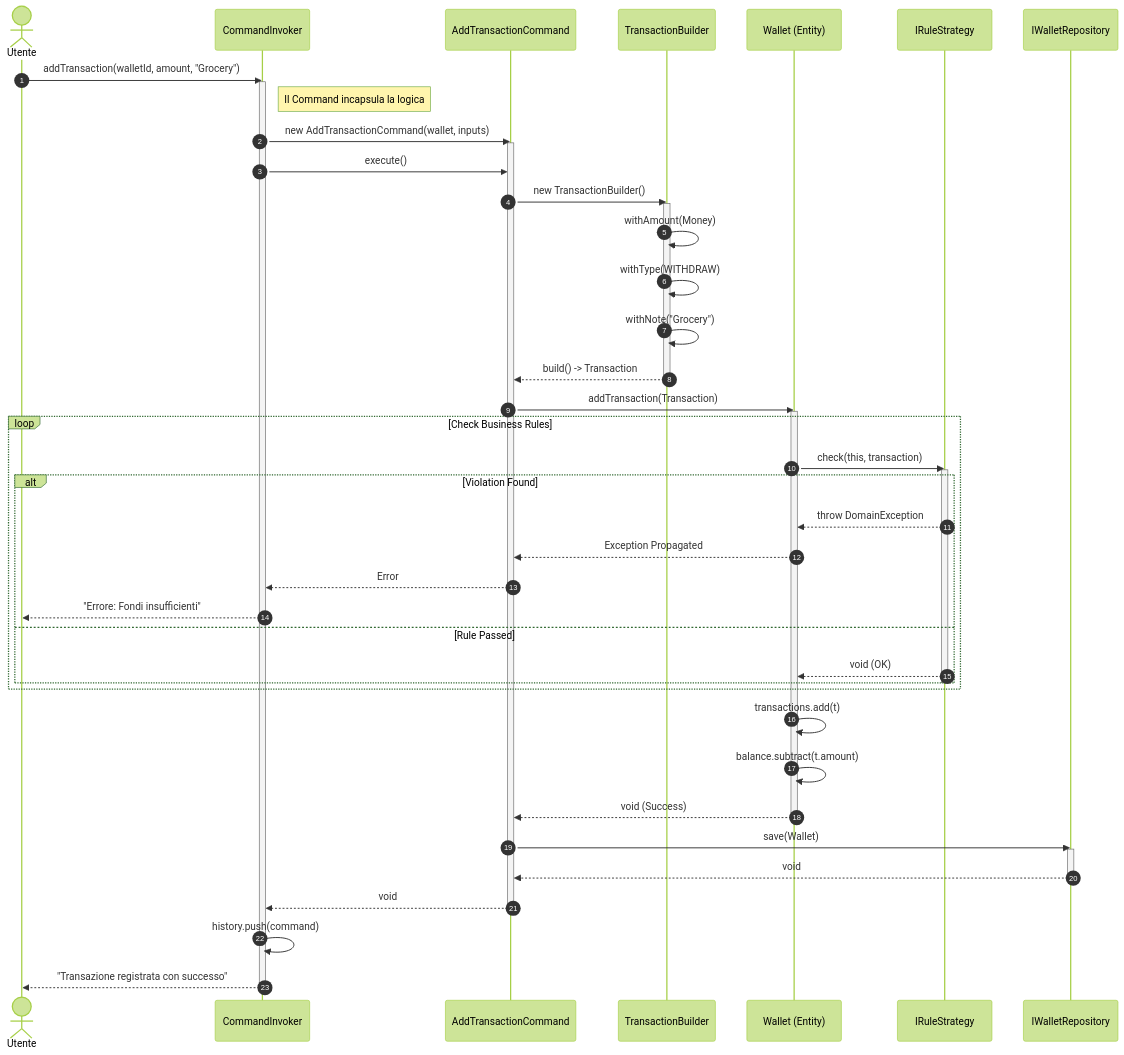
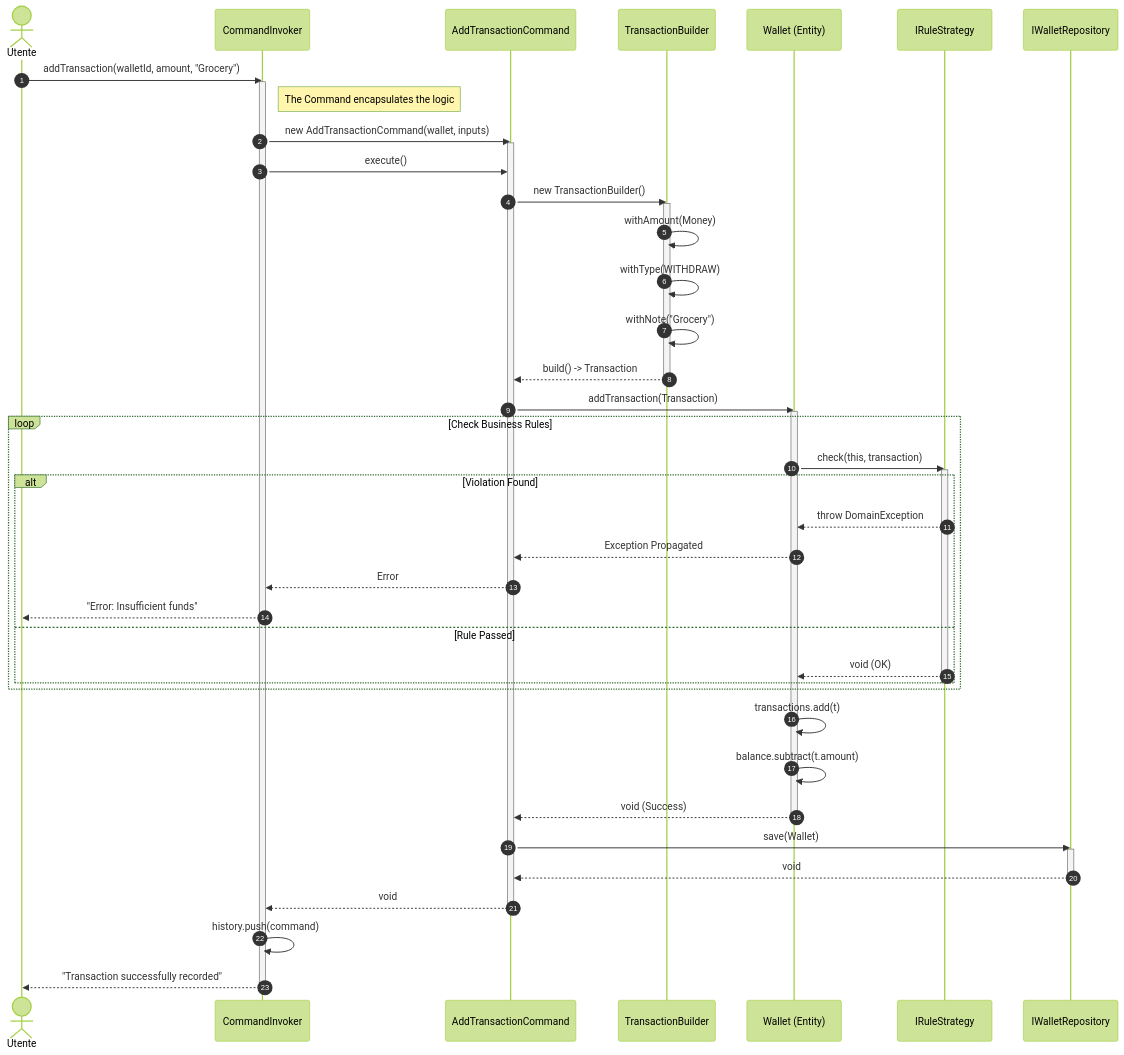
Before and after one commit to simopugliese/java-clean-finance: the fourth of 5 diagrams in README.md, drawn with Mermaid (forest theme). The commit also changed other lines of this file and 2 other files, not shown here.

Commit message:
corrected some discrepancies

````diff
--- a/README.md
+++ b/README.md
@@ -655,72 +655,64 @@
 ```mermaid
 sequenceDiagram
     autonumber
     
     actor User as Utente
     participant Invoker as CommandInvoker
     participant Cmd as AddTransactionCommand
     participant Builder as TransactionBuilder
     participant Wallet as Wallet (Entity)
     participant Strategy as IRuleStrategy
     participant Repo as IWalletRepository
 
-    %% 1. Inizio della richiesta
     User->>Invoker: addTransaction(walletId, amount, "Grocery")
     activate Invoker
     
-    %% 2. Creazione del comando e della Transazione
-    Note right of Invoker: Il Command incapsula la logica
+    Note right of Invoker: The Command encapsulates the logic
     Invoker->>Cmd: new AddTransactionCommand(wallet, inputs)
     activate Cmd
     
     Invoker->>Cmd: execute()
     
-    %% 3. Uso del Builder
     Cmd->>Builder: new TransactionBuilder()
     activate Builder
     Builder->>Builder: withAmount(Money)
     Builder->>Builder: withType(WITHDRAW)
     Builder->>Builder: withNote("Grocery")
     Builder-->>Cmd: build() -> Transaction
     deactivate Builder
 
-    %% 4. Esecuzione sul Dominio (Wallet)
     Cmd->>Wallet: addTransaction(Transaction)
     activate Wallet
     
-    %% 5. Controllo delle Business Rules (Strategy Pattern)
     loop Check Business Rules
         Wallet->>Strategy: check(this, transaction)
         activate Strategy
         
         alt Violation Found
             Strategy-->>Wallet: throw DomainException
             Wallet-->>Cmd: Exception Propagated
             Cmd-->>Invoker: Error
-            Invoker-->>User: "Errore: Fondi insufficienti"
+            Invoker-->>User: "Error: Insufficient funds"
         else Rule Passed
             Strategy-->>Wallet: void (OK)
         end
         deactivate Strategy
     end
 
-    %% 6. Aggiornamento Stato
     Wallet->>Wallet: transactions.add(t)
     Wallet->>Wallet: balance.subtract(t.amount)
     Wallet-->>Cmd: void (Success)
     deactivate Wallet
 
-    %% 7. Persistenza
     Cmd->>Repo: save(Wallet)
     activate Repo
     Repo-->>Cmd: void
     deactivate Repo
 
-    %% 8. Conclusione
     Cmd-->>Invoker: void
     deactivate Cmd
     
     Invoker->>Invoker: history.push(command)
-    Invoker-->>User: "Transazione registrata con successo"
+    Invoker-->>User: "Transaction successfully recorded"
     deactivate Invoker
 ```
````
